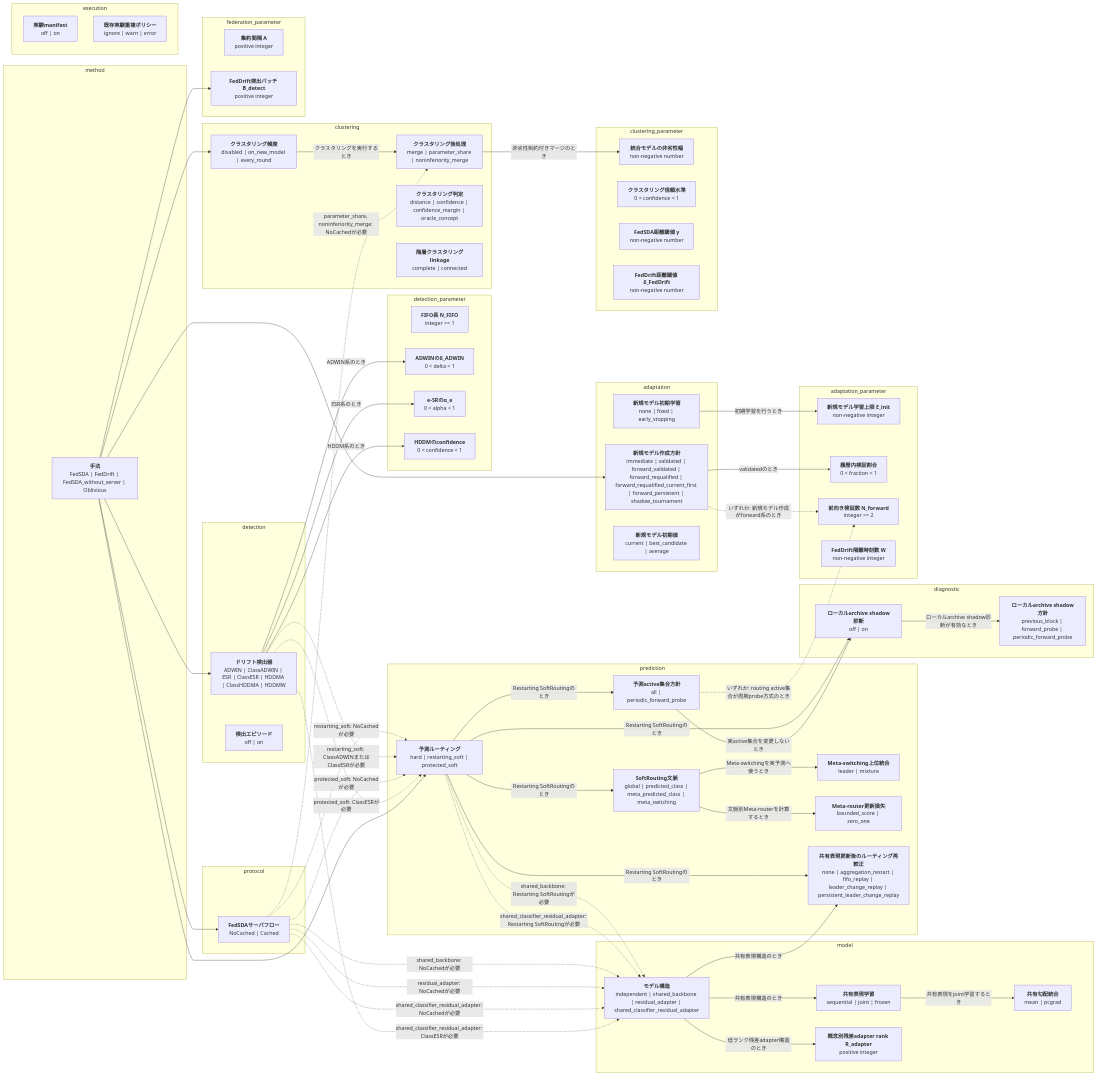
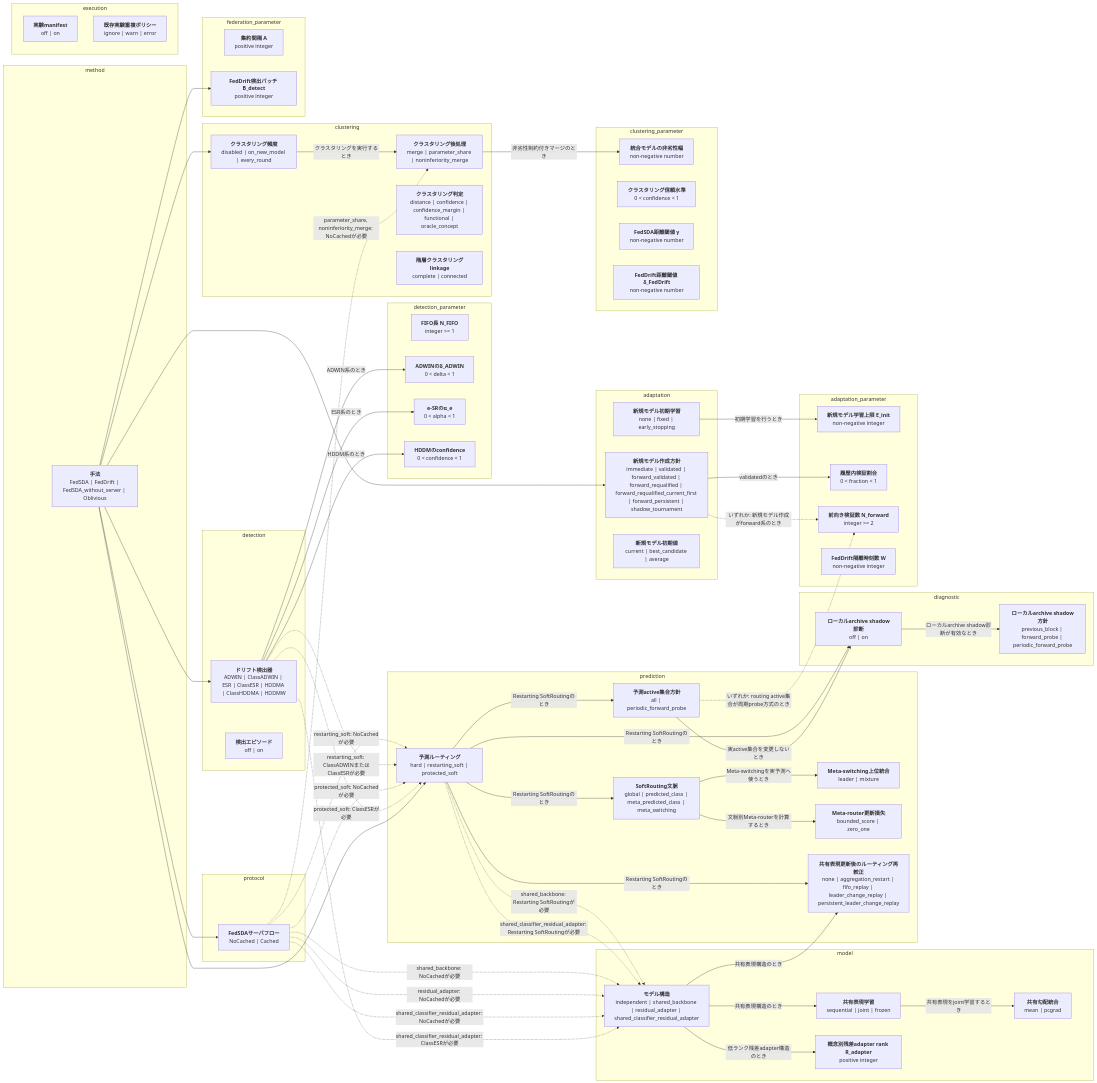
The first of 2 diagrams in docs/options.md (shimmen3141/FedSDA-experiment), drawn with Mermaid before and after one commit. The commit also changed 7 other files, not shown here.

Commit message:
Add functional complementarity clustering

```diff
--- a/docs/options.md
+++ b/docs/options.md
@@ -65,7 +65,7 @@
   subgraph group_clustering[clustering]
     clustering_policy["<b>クラスタリング頻度</b><br/>disabled | on_new_model | every_round"]
     clustering_consolidation["<b>クラスタリング後処理</b><br/>merge | parameter_share | noninferiority_merge"]
-    clustering_decision["<b>クラスタリング判定</b><br/>distance | confidence | confidence_margin | oracle_concept"]
+    clustering_decision["<b>クラスタリング判定</b><br/>distance | confidence | confidence_margin | functional | oracle_concept"]
     cluster_linkage["<b>階層クラスタリングlinkage</b><br/>complete | connected"]
   end
   subgraph group_clustering_parameter[clustering_parameter]
```
